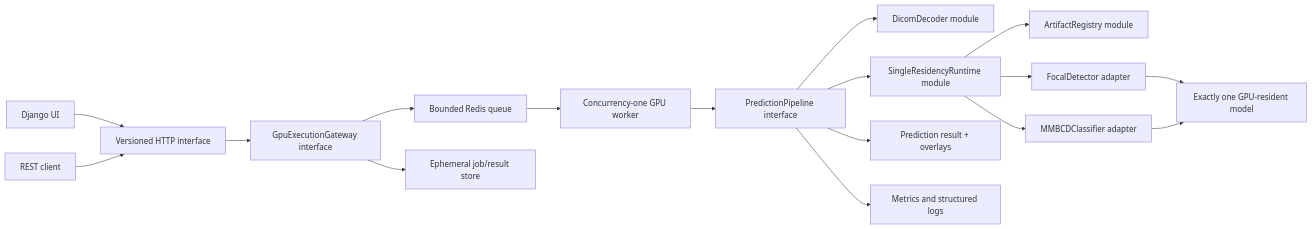
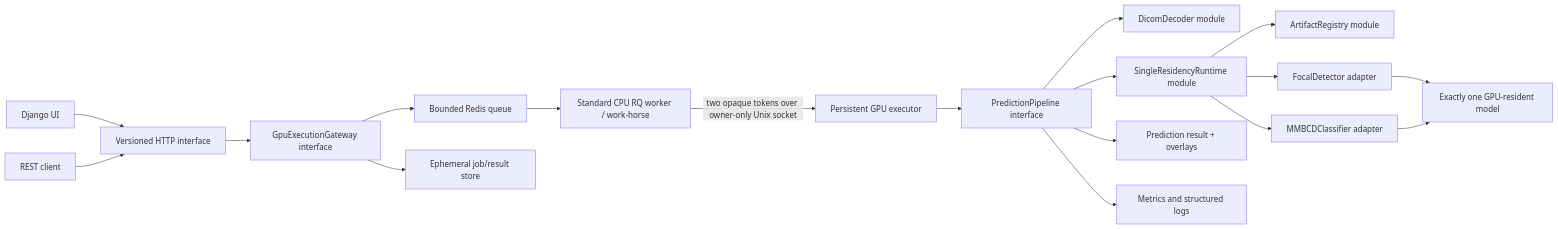
The first of 2 diagrams in SPEC.md (Vaibtan/vision-model-serving), drawn with Mermaid before and after one commit. The commit also changed other lines of this file and 50 other files, not shown here.

````diff
--- a/SPEC.md
+++ b/SPEC.md
@@ -223,19 +254,20 @@
 ```mermaid
 flowchart LR
     UI["Django UI"] --> HTTP["Versioned HTTP interface"]
     Client["REST client"] --> HTTP
     HTTP --> G["GpuExecutionGateway interface"]
     G --> Q["Bounded Redis queue"]
     G --> J["Ephemeral job/result store"]
-    Q --> W["Concurrency-one GPU worker"]
-    W --> P["PredictionPipeline interface"]
+    Q --> W["Standard CPU RQ worker / work-horse"]
+    W -->|"two opaque tokens over owner-only Unix socket"| E["Persistent GPU executor"]
+    E --> P["PredictionPipeline interface"]
     P --> D["DicomDecoder module"]
     P --> R["SingleResidencyRuntime module"]
     R --> A["ArtifactRegistry module"]
     R --> FD["FocalDetector adapter"]
     R --> MC["MMBCDClassifier adapter"]
     P --> O["Prediction result + overlays"]
     P --> M["Metrics and structured logs"]
     FD --> GPU["Exactly one GPU-resident model"]
     MC --> GPU
 ```
````
